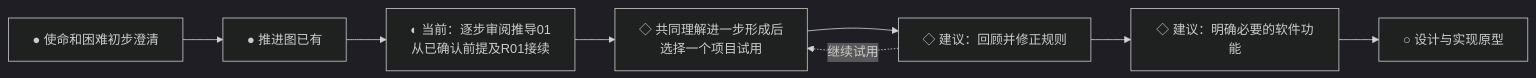
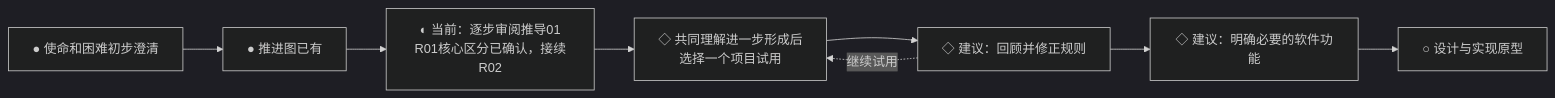
Before and after one commit to fangjiaqi2023-jpg/life-flywheel: the second of 2 diagrams in 项目/人生飞轮/项目推进图.md, drawn with Mermaid (dark theme). The commit also changed other lines of this file, not shown here.

````diff
--- a/项目/人生飞轮/项目推进图.md
+++ b/项目/人生飞轮/项目推进图.md
@@ -38,10 +38,10 @@
 ```mermaid
 flowchart LR
     P0[● 使命和困难初步澄清] --> P1[● 推进图已有]
-    P1 --> P2[◐ 当前：逐步审阅推导01<br/>从已确认前提及R01接续]
+    P1 --> P2[◐ 当前：逐步审阅推导01<br/>R01核心区分已确认，接续R02]
     P2 --> P3[◇ 共同理解进一步形成后<br/>选择一个项目试用]
     P3 --> P4[◇ 建议：回顾并修正规则]
     P4 --> P5[◇ 建议：明确必要的软件功能]
     P5 --> P6[○ 设计与实现原型]
     P4 -.继续试用.-> P3
 ```
````
